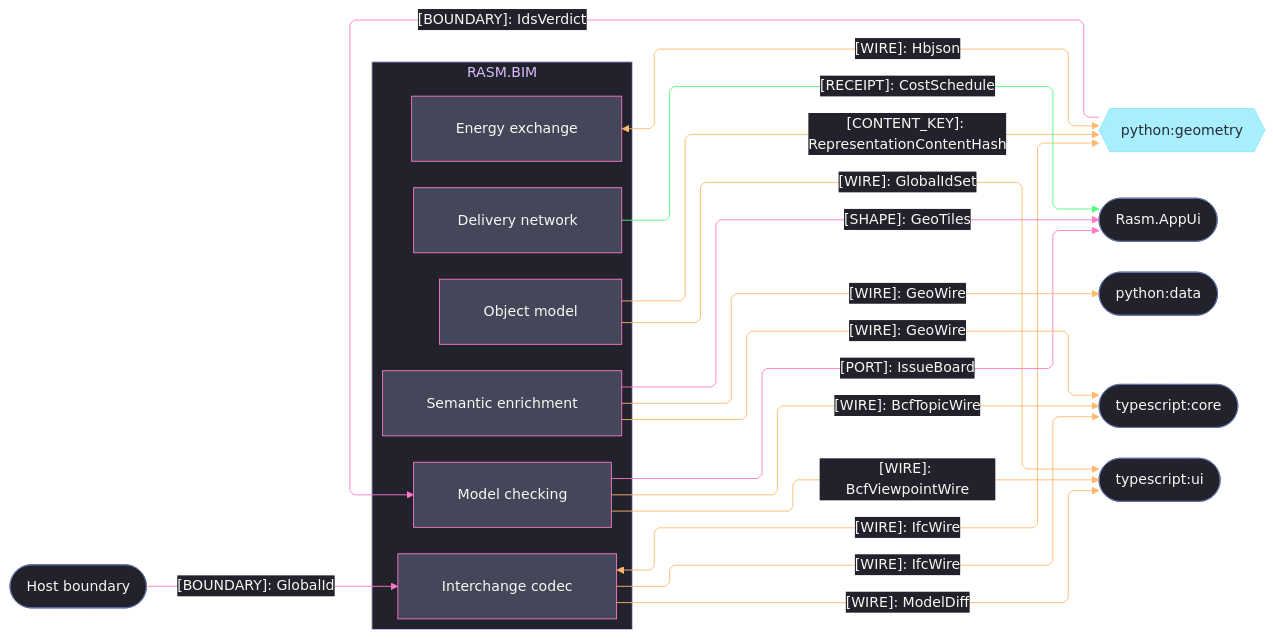
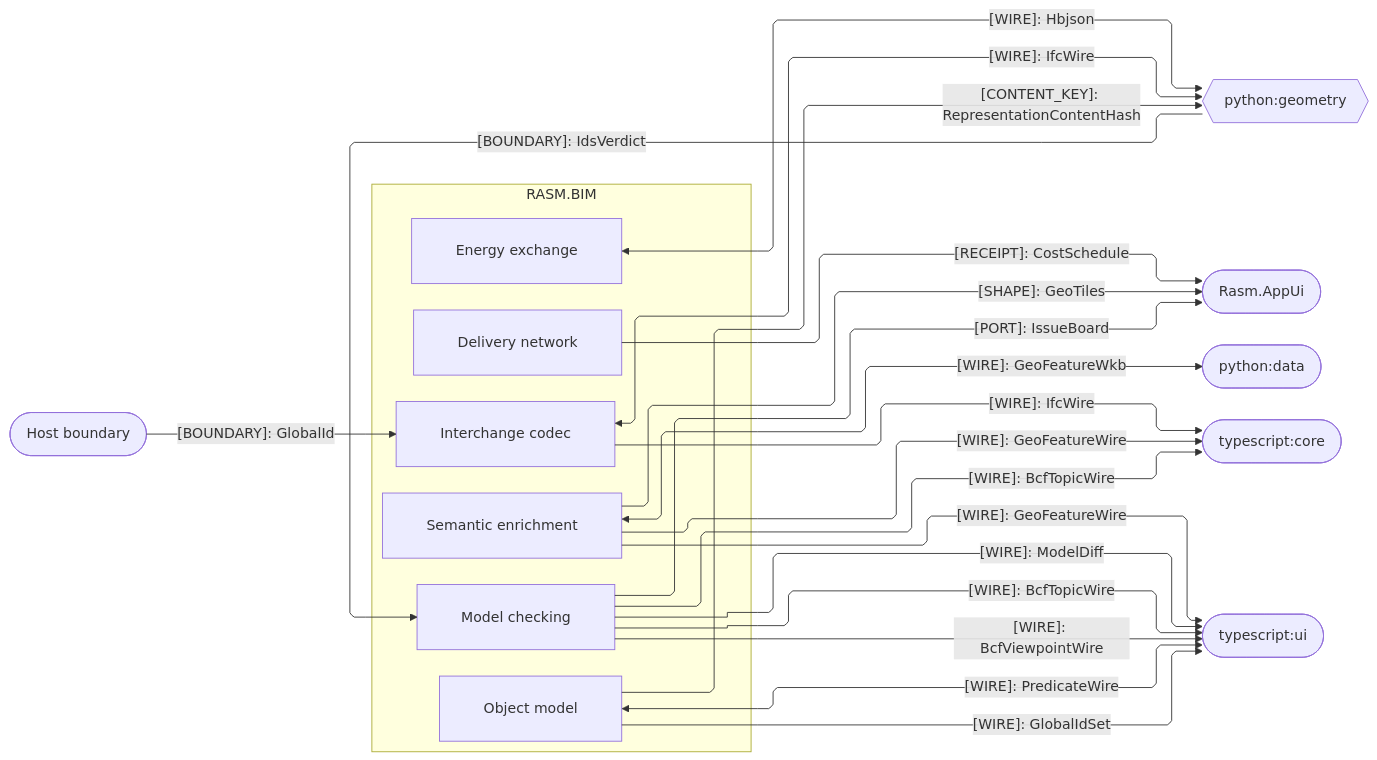
The third of 3 diagrams in libs/csharp/Rasm.Bim/ARCHITECTURE.md (bsamiee/Rasm), drawn with Mermaid before and after one commit. The commit also changed other lines of this file and 460 other files, not shown here.

````diff
--- a/libs/csharp/Rasm.Bim/ARCHITECTURE.md
+++ b/libs/csharp/Rasm.Bim/ARCHITECTURE.md
@@ -217,72 +159,44 @@
 ```mermaid
 ---
 config:
-  theme: base
-  look: classic
   layout: elk
   flowchart:
     curve: linear
     padding: 25
-  themeVariables:
-    darkMode: true
-    fontFamily: "SF Mono, Menlo, Cascadia Mono, Segoe UI Mono, Consolas, monospace"
-    useGradient: false
-    dropShadow: "none"
-    background: "#282A36"
-    primaryColor: "#44475A"
-    primaryTextColor: "#F8F8F2"
-    primaryBorderColor: "#BD93F9"
-    lineColor: "#FF79C6"
-    textColor: "#F8F8F2"
-    clusterBkg: "#21222C"
-    clusterBorder: "#D6BCFA"
-    edgeLabelBackground: "#21222C"
-    labelBackgroundColor: "#21222C"
-    titleColor: "#D6BCFA"
-  themeCSS: ".nodeLabel{font-size:13px;font-weight:500}.edgeLabel{font-size:12px;font-weight:500}.cluster-label .nodeLabel{font-size:13.5px;font-weight:700;letter-spacing:.08em}.edge-thickness-normal{stroke-width:2px}.edge-thickness-thick{stroke-width:3px}.edge-pattern-dashed,.edge-pattern-dotted{stroke-width:1.5px;stroke-dasharray:4 6}.node rect,.node circle,.node polygon,.node path,.node .outer-path{stroke-width:1.5px;filter:none!important}.cluster rect{stroke-width:1px!important;stroke-dasharray:5 4!important;filter:none!important}.marker path{transform:scale(.8);transform-origin:5px 5px}.marker circle{transform:scale(.48);transform-origin:5px 5px}.edgeLabel rect{transform-box:fill-box;transform-origin:center;transform:scale(1.1,1.2)}"
 ---
 flowchart LR
     accTitle: Bim cross-runtime, presentation, and host seams
-    accDescr: Bim sub-domain owners exchanging wires, receipts, and boundaries with the Python geometry and data runtimes, the TypeScript peers, the app shell, and the host boundary, edge rails colored by kind and nodes classed by seam direction.
+    accDescr: Bim sub-domain owners exchanging wires, receipts, and boundaries with the Python geometry and data runtimes, the TypeScript peers, the app shell, and the host boundary — one edge per contract family labeled by kind, bidirectional peers as hexagons, one-way partners as stadiums.
     subgraph bim[RASM.BIM]
         Model[Object model]
         Semantics[Semantic enrichment]
         Exchange[Interchange codec]
         Review[Model checking]
         Energy[Energy exchange]
         Planning[Delivery network]
     end
     Geometry{{python:geometry}}
     AppUi([Rasm.AppUi])
     Host([Host boundary])
     Data([python:data])
     Core([typescript:core])
     Ui([typescript:ui])
-    Exchange e1@<-->|"[WIRE]: IfcWire"| Geometry
-    Model e2@-->|"[CONTENT_KEY]: RepresentationContentHash"| Geometry
-    Geometry e3@-->|"[BOUNDARY]: IdsVerdict"| Review
-    Energy e4@<-->|"[WIRE]: Hbjson"| Geometry
-    Semantics e5@-->|"[SHAPE]: GeoTiles"| AppUi
-    Planning e6@-->|"[RECEIPT]: CostSchedule"| AppUi
-    Review e7@-->|"[PORT]: IssueBoard"| AppUi
-    Host e8@-->|"[BOUNDARY]: GlobalId"| Exchange
-    Semantics e9@-->|"[WIRE]: GeoWire"| Data
-    Review e10@-->|"[WIRE]: BcfTopicWire"| Core
-    Exchange e11@-->|"[WIRE]: IfcWire"| Core
-    Semantics e12@-->|"[WIRE]: GeoWire"| Core
-    Review e13@-->|"[WIRE]: BcfViewpointWire"| Ui
-    Model e14@-->|"[WIRE]: GlobalIdSet"| Ui
-    Exchange e15@-->|"[WIRE]: ModelDiff"| Ui
-    classDef primary fill:#44475A,stroke:#FF79C6,color:#F8F8F2
-    classDef external fill:#8BE9FDBF,stroke:#8BE9FD,color:#282A36
-    classDef annotation fill:#21222C,stroke:#6272A4,color:#F8F8F2
-    classDef edgeData stroke:#FFB86C,color:#F8F8F2
-    classDef edgeSuccess stroke:#50FA7B,color:#F8F8F2
-    classDef edgeControl stroke:#FF79C6,color:#F8F8F2
-    class Model,Semantics,Exchange,Review,Energy,Planning primary
-    class Geometry external
-    class AppUi,Host,Data,Core,Ui annotation
-    class e1,e2,e4,e9,e10,e11,e12,e13,e14,e15 edgeData
-    class e3,e5,e7,e8 edgeControl
-    class e6 edgeSuccess
+    Exchange <-->|"[WIRE]: IfcWire"| Geometry
+    Model -->|"[CONTENT_KEY]: RepresentationContentHash"| Geometry
+    Geometry -->|"[BOUNDARY]: IdsVerdict"| Review
+    Energy <-->|"[WIRE]: Hbjson"| Geometry
+    Semantics -->|"[SHAPE]: GeoTiles"| AppUi
+    Planning -->|"[RECEIPT]: CostSchedule"| AppUi
+    Review -->|"[PORT]: IssueBoard"| AppUi
+    Host -->|"[BOUNDARY]: GlobalId"| Exchange
+    Semantics <-->|"[WIRE]: GeoFeatureWkb"| Data
+    Review -->|"[WIRE]: BcfTopicWire"| Core
+    Exchange -->|"[WIRE]: IfcWire"| Core
+    Semantics -->|"[WIRE]: GeoFeatureWire"| Core
+    Review -->|"[WIRE]: BcfTopicWire"| Ui
+    Review -->|"[WIRE]: BcfViewpointWire"| Ui
+    Semantics -->|"[WIRE]: GeoFeatureWire"| Ui
+    Model <-->|"[WIRE]: PredicateWire"| Ui
+    Model -->|"[WIRE]: GlobalIdSet"| Ui
+    Review -->|"[WIRE]: ModelDiff"| Ui
 ```
````
